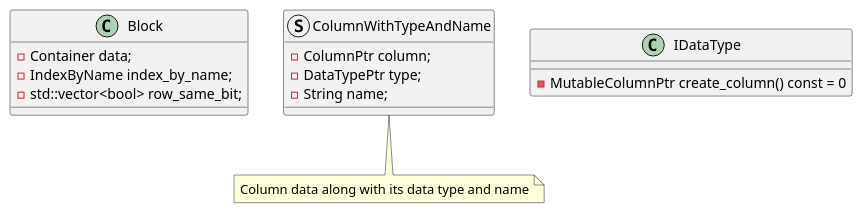
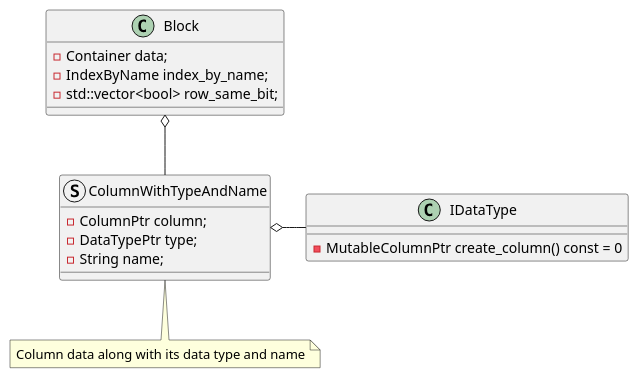
The diagram in doc/DB/Doris/SourceRead/11_03_Exec_Vectorized.md (DepInjoy/geektime), drawn with PlantUML before and after one commit.

Commit message:
Doris vector engine

````diff
--- a/doc/DB/Doris/SourceRead/11_03_Exec_Vectorized.md
+++ b/doc/DB/Doris/SourceRead/11_03_Exec_Vectorized.md
@@ -19,20 +19,23 @@
 ```plantuml
 @startuml
 class Block {
     - Container data;
     - IndexByName index_by_name;
     - std::vector<bool> row_same_bit;
 }
 
 struct ColumnWithTypeAndName {
     - ColumnPtr column;
     - DataTypePtr type;
     - String name;
 }
 note bottom : Column data along with its data type and name
 
 class IDataType {
     - MutableColumnPtr create_column() const = 0
 }
+
+ColumnWithTypeAndName -up-o Block
+IDataType -left-o  ColumnWithTypeAndName
 @enduml
 ```
````
